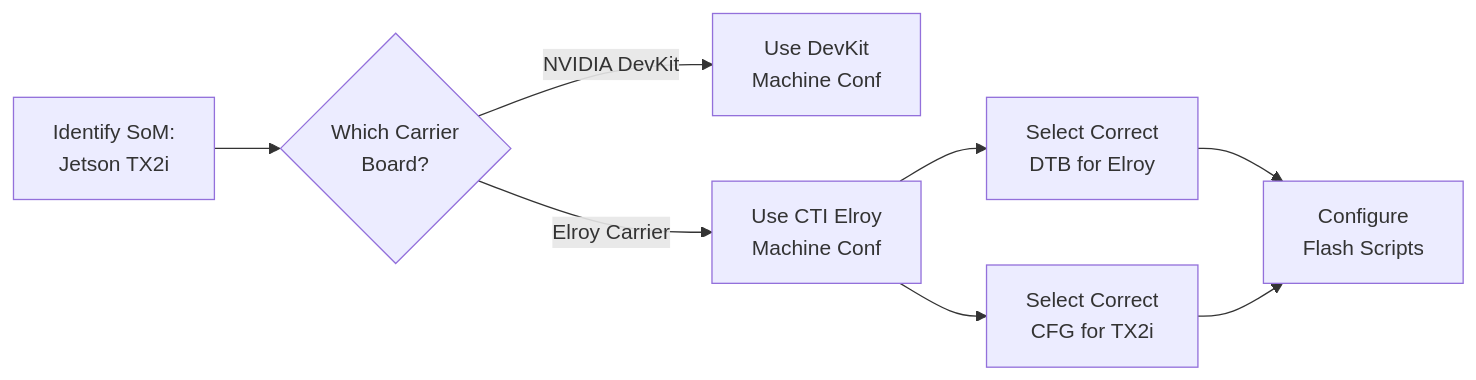
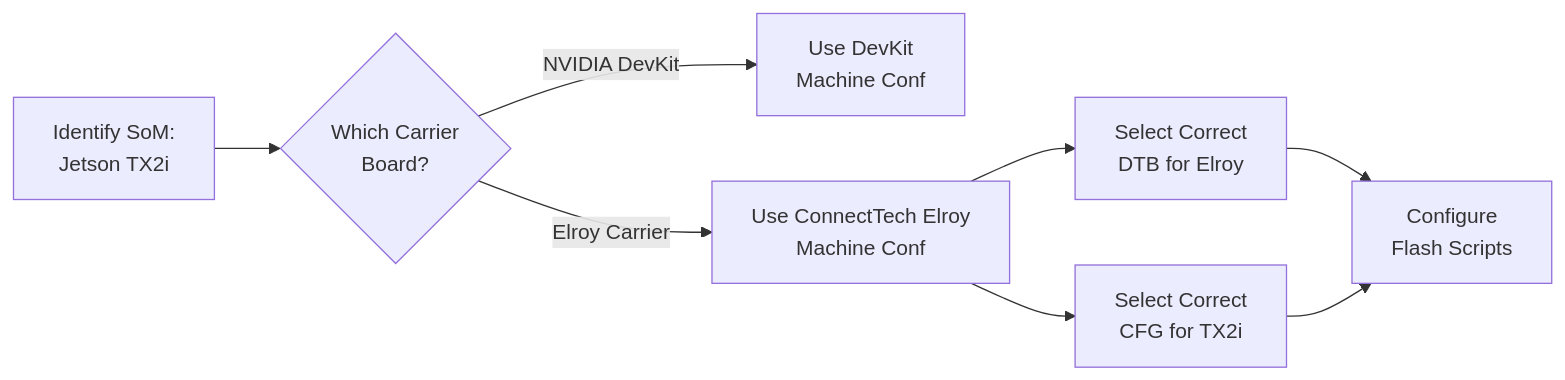
One commit to ajaymrk95/yocto-project-build-docs changed the diagram in docs/phase2/machine-conf-flags.md. Above: the diagram before and after it, drawn with Mermaid. The commit also changed other lines of this file and 9 other files, not shown here.

Commit message:
Refine Overall Outlines, Update Chart Corrections and Improve Roadmap and Overview Markdowns

````diff
--- a/docs/phase2/machine-conf-flags.md
+++ b/docs/phase2/machine-conf-flags.md
@@ -40,10 +40,10 @@
 ```mermaid
 flowchart LR
     A["Identify SoM:\nJetson TX2i"] --> B{"Which Carrier\nBoard?"}
     B -->|"NVIDIA DevKit"| C["Use DevKit\nMachine Conf"]
-    B -->|"Elroy Carrier"| D["Use CTI Elroy\nMachine Conf"]
+    B -->|"Elroy Carrier"| D["Use ConnectTech Elroy\nMachine Conf"]
     D --> E["Select Correct\nDTB for Elroy"]
     D --> F["Select Correct\nCFG for TX2i"]
     E --> G["Configure\nFlash Scripts"]
     F --> G
 ```
````
